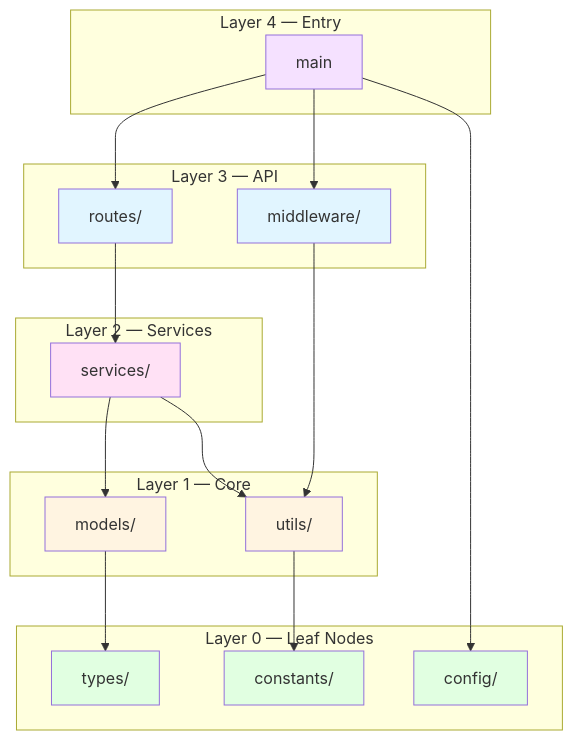
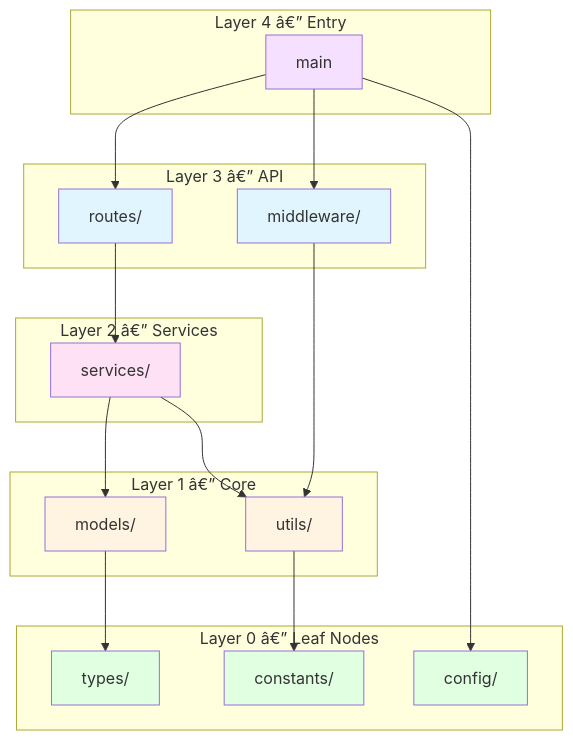
The diagram in .github/agents/translation-analyzer.agent.md (kennedym-ds/copilot_orchestrator), drawn with Mermaid before and after one commit. The commit also changed other lines of this file and 44 other files, not shown here.

````diff
--- a/.github/agents/translation-analyzer.agent.md
+++ b/.github/agents/translation-analyzer.agent.md
@@ -107,35 +107,35 @@
 ```mermaid
 flowchart TD
-    subgraph "Layer 0 — Leaf Nodes"
-        types[types/] 
+    subgraph "Layer 0 â€” Leaf Nodes"
+        types[types/]
         constants[constants/]
         config[config/]
     end
-    subgraph "Layer 1 — Core"
+    subgraph "Layer 1 â€” Core"
         models[models/] --> types
         utils[utils/] --> constants
     end
-    subgraph "Layer 2 — Services"
+    subgraph "Layer 2 â€” Services"
         services[services/] --> models
         services --> utils
     end
-    subgraph "Layer 3 — API"
+    subgraph "Layer 3 â€” API"
         routes[routes/] --> services
         middleware[middleware/] --> utils
     end
-    subgraph "Layer 4 — Entry"
+    subgraph "Layer 4 â€” Entry"
         main[main] --> routes
         main --> middleware
         main --> config
     end
-    
+
     style types fill:#e1ffe1
     style constants fill:#e1ffe1
     style config fill:#e1ffe1
     style models fill:#fff4e1
     style utils fill:#fff4e1
     style services fill:#ffe1f5
     style routes fill:#e1f5ff
     style middleware fill:#e1f5ff
     style main fill:#f5e1ff
 ```
````
